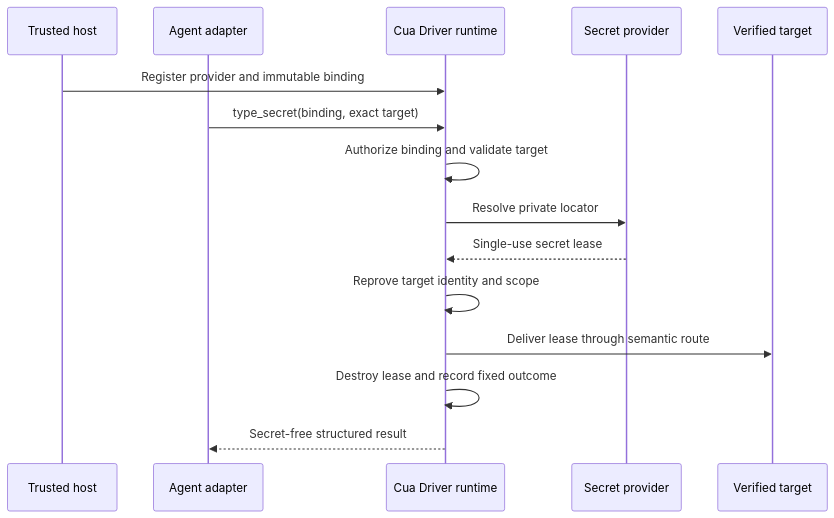
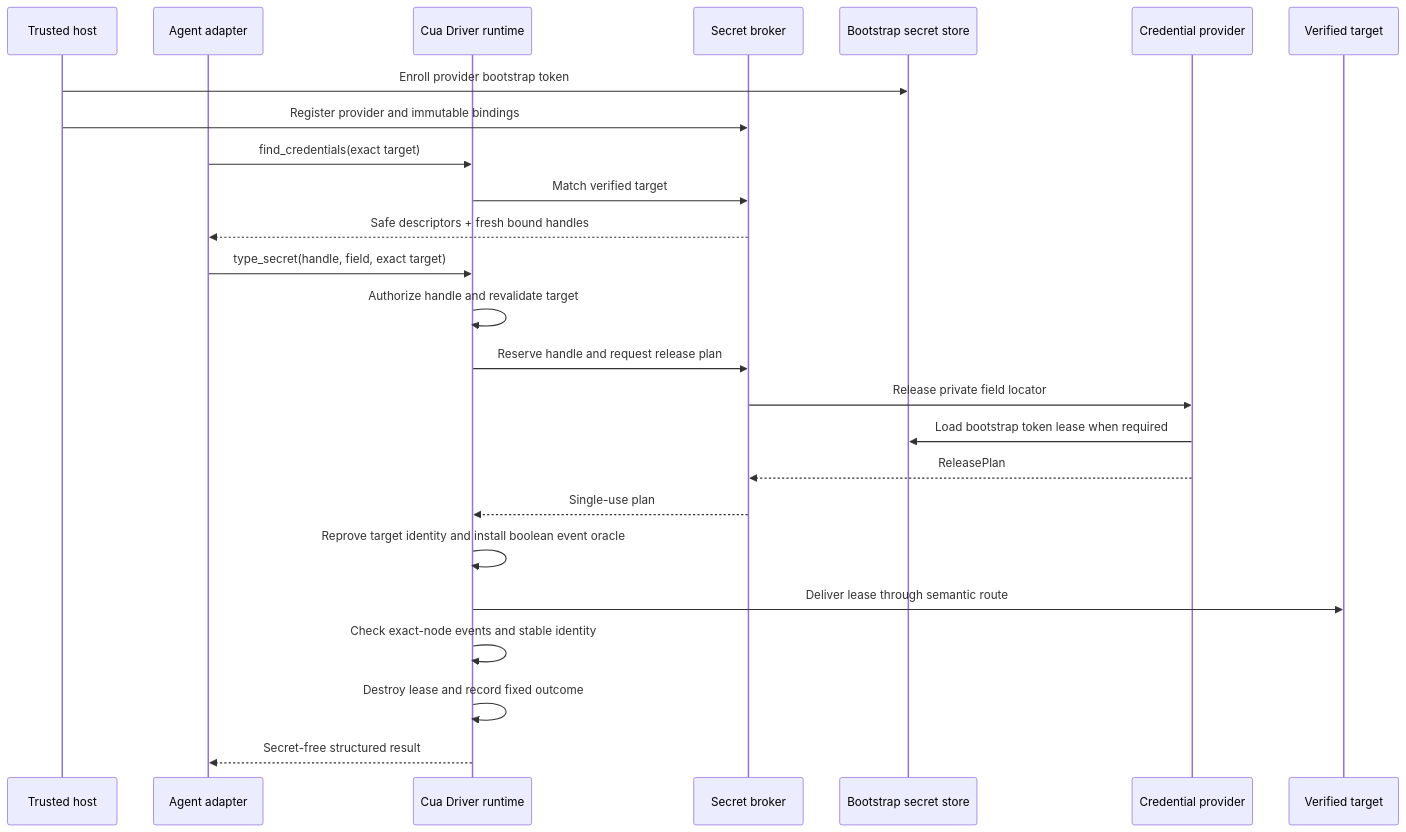
The diagram in rfcs/2942-cua-driver-secret-reference-typing.md (trycua/cua), drawn with Mermaid before and after one commit. The commit also changed other lines of this file, not shown here.

Commit message:
docs(cua-driver): revise target-bound credential RFC

````diff
--- a/rfcs/2942-cua-driver-secret-reference-typing.md
+++ b/rfcs/2942-cua-driver-secret-reference-typing.md
@@ -672,18 +787,28 @@
 ```mermaid
 sequenceDiagram
     participant Host as Trusted host
     participant Agent as Agent adapter
     participant Driver as Cua Driver runtime
-    participant Provider as Secret provider
+    participant Broker as Secret broker
+    participant Store as Bootstrap secret store
+    participant Provider as Credential provider
     participant Target as Verified target
 
-    Host->>Driver: Register provider and immutable binding
-    Agent->>Driver: type_secret(binding, exact target)
-    Driver->>Driver: Authorize binding and validate target
-    Driver->>Provider: Resolve private locator
-    Provider-->>Driver: Single-use secret lease
-    Driver->>Driver: Reprove target identity and scope
+    Host->>Store: Enroll provider bootstrap token
+    Host->>Broker: Register provider and immutable bindings
+    Agent->>Driver: find_credentials(exact target)
+    Driver->>Broker: Match verified target
+    Broker-->>Agent: Safe descriptors + fresh bound handles
+    Agent->>Driver: type_secret(handle, field, exact target)
+    Driver->>Driver: Authorize handle and revalidate target
+    Driver->>Broker: Reserve handle and request release plan
+    Broker->>Provider: Release private field locator
+    Provider->>Store: Load bootstrap token lease when required
+    Provider-->>Broker: ReleasePlan
+    Broker-->>Driver: Single-use plan
+    Driver->>Driver: Reprove target identity and install boolean event oracle
     Driver->>Target: Deliver lease through semantic route
+    Driver->>Driver: Check exact-node events and stable identity
     Driver->>Driver: Destroy lease and record fixed outcome
     Driver-->>Agent: Secret-free structured result
 ```
````
